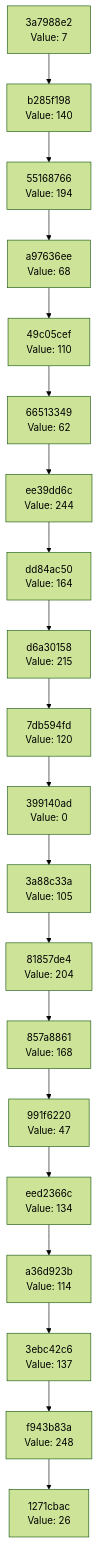
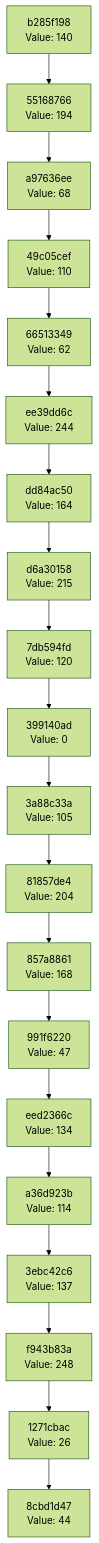
Before and after one commit to Abhisheksinha1506/hash-chain-evolver: the diagram in docs/CHAIN_VISUALIZATION.md, drawn with Mermaid (forest theme). The commit also changed 2 other files, not shown here.

Commit message:
Evolution Step

````diff
--- a/docs/CHAIN_VISUALIZATION.md
+++ b/docs/CHAIN_VISUALIZATION.md
@@ -3,42 +3,42 @@
 ```mermaid
 graph TD
-    C0["1271cbac<br/>Value: 26"]
-    C1["f943b83a<br/>Value: 248"]
+    C0["8cbd1d47<br/>Value: 44"]
+    C1["1271cbac<br/>Value: 26"]
     C1 --> C0
-    C2["3ebc42c6<br/>Value: 137"]
+    C2["f943b83a<br/>Value: 248"]
     C2 --> C1
-    C3["a36d923b<br/>Value: 114"]
+    C3["3ebc42c6<br/>Value: 137"]
     C3 --> C2
-    C4["eed2366c<br/>Value: 134"]
+    C4["a36d923b<br/>Value: 114"]
     C4 --> C3
-    C5["991f6220<br/>Value: 47"]
+    C5["eed2366c<br/>Value: 134"]
     C5 --> C4
-    C6["857a8861<br/>Value: 168"]
+    C6["991f6220<br/>Value: 47"]
     C6 --> C5
-    C7["81857de4<br/>Value: 204"]
+    C7["857a8861<br/>Value: 168"]
     C7 --> C6
-    C8["3a88c33a<br/>Value: 105"]
+    C8["81857de4<br/>Value: 204"]
     C8 --> C7
-    C9["399140ad<br/>Value: 0"]
+    C9["3a88c33a<br/>Value: 105"]
     C9 --> C8
-    C10["7db594fd<br/>Value: 120"]
+    C10["399140ad<br/>Value: 0"]
     C10 --> C9
-    C11["d6a30158<br/>Value: 215"]
+    C11["7db594fd<br/>Value: 120"]
     C11 --> C10
-    C12["dd84ac50<br/>Value: 164"]
+    C12["d6a30158<br/>Value: 215"]
     C12 --> C11
-    C13["ee39dd6c<br/>Value: 244"]
+    C13["dd84ac50<br/>Value: 164"]
     C13 --> C12
-    C14["66513349<br/>Value: 62"]
+    C14["ee39dd6c<br/>Value: 244"]
     C14 --> C13
-    C15["49c05cef<br/>Value: 110"]
+    C15["66513349<br/>Value: 62"]
     C15 --> C14
-    C16["a97636ee<br/>Value: 68"]
+    C16["49c05cef<br/>Value: 110"]
     C16 --> C15
-    C17["55168766<br/>Value: 194"]
+    C17["a97636ee<br/>Value: 68"]
     C17 --> C16
-    C18["b285f198<br/>Value: 140"]
+    C18["55168766<br/>Value: 194"]
     C18 --> C17
-    C19["3a7988e2<br/>Value: 7"]
+    C19["b285f198<br/>Value: 140"]
     C19 --> C18
 ```
````
